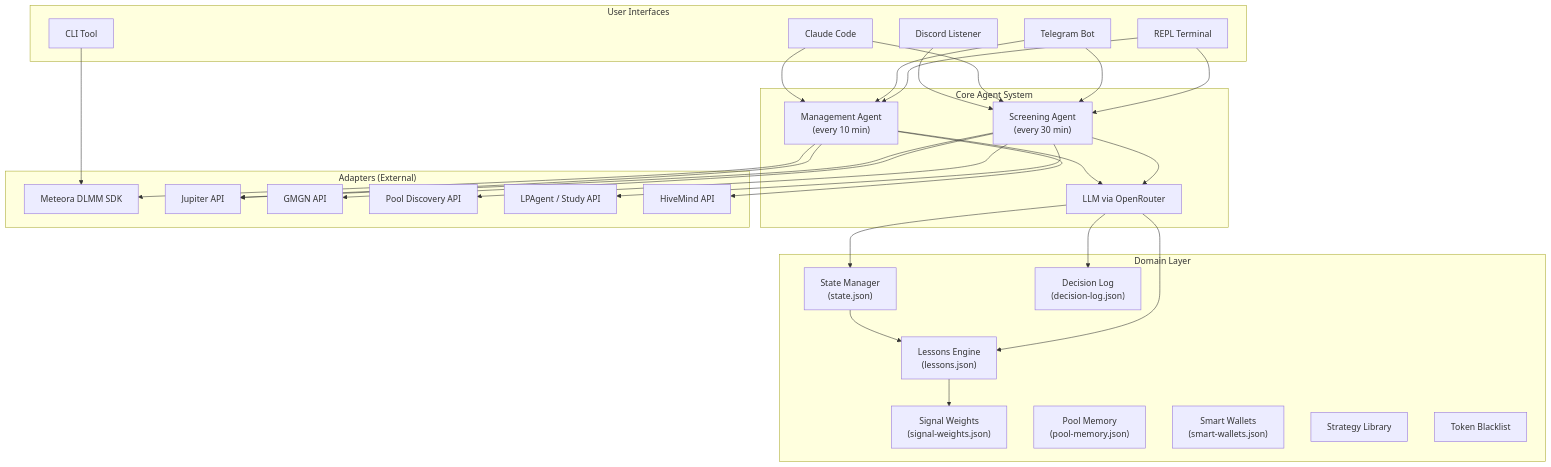
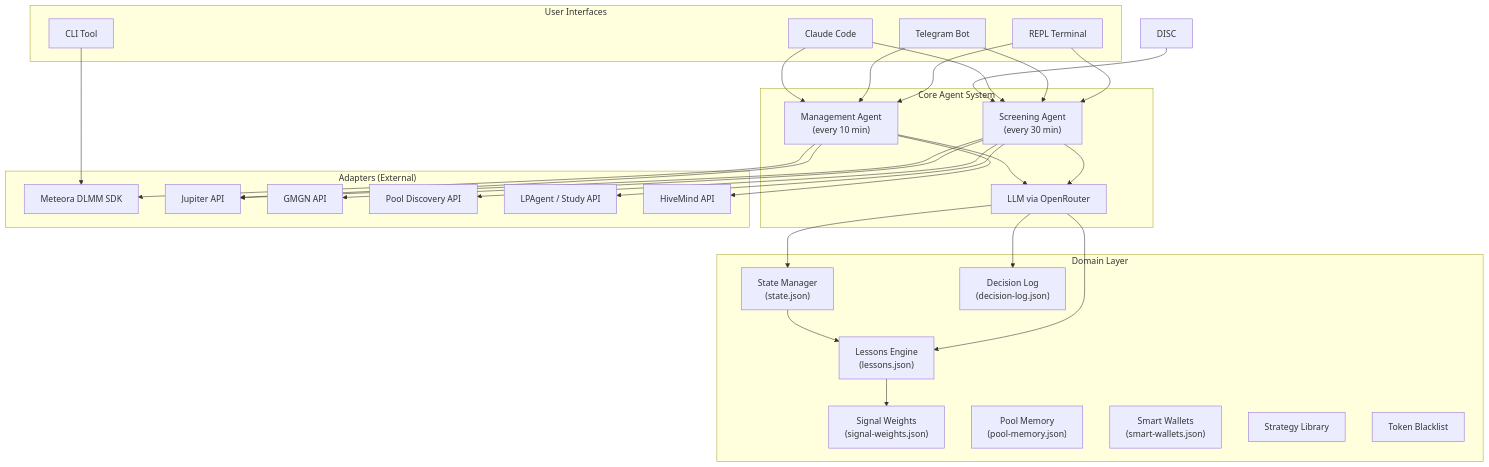
Before and after one commit to romankurnovskii/etemaro: the first of 18 diagrams in docs/FULL_FLOW.md, drawn with Mermaid. The commit also changed other lines of this file and 2 other files, not shown here.

Commit message:
docs: Update configuration, full flow, and RPC optimization docs

````diff
--- a/docs/FULL_FLOW.md
+++ b/docs/FULL_FLOW.md
@@ -27,62 +27,61 @@
 ```mermaid
 graph TB
     subgraph "User Interfaces"
         REPL["REPL Terminal"]
         TG["Telegram Bot"]
         CLI["CLI Tool"]
         CC["Claude Code"]
-        DISC["Discord Listener"]
     end
 
     subgraph "Core Agent System"
         SCREEN["Screening Agent<br/>(every 30 min)"]
         MANAGE["Management Agent<br/>(every 10 min)"]
         LLM["LLM via OpenRouter"]
     end
 
     subgraph "Domain Layer"
         STATE["State Manager<br/>(state.json)"]
         LESSONS["Lessons Engine<br/>(lessons.json)"]
         DECISIONS["Decision Log<br/>(decision-log.json)"]
         WEIGHTS["Signal Weights<br/>(signal-weights.json)"]
         POOL_MEM["Pool Memory<br/>(pool-memory.json)"]
         SMART_W["Smart Wallets<br/>(smart-wallets.json)"]
         STRATEGY["Strategy Library"]
         BLACKLIST["Token Blacklist"]
     end
 
     subgraph "Adapters (External)"
         METEORA["Meteora DLMM SDK"]
         JUPITER["Jupiter API"]
         GMGN["GMGN API"]
         POOL_DISC["Pool Discovery API"]
         STUDY["LPAgent / Study API"]
         HIVE["HiveMind API"]
     end
 
     REPL --> SCREEN
     REPL --> MANAGE
     TG --> SCREEN
     TG --> MANAGE
     CLI --> METEORA
     CC --> SCREEN
     CC --> MANAGE
     DISC --> SCREEN
 
     SCREEN --> LLM
     MANAGE --> LLM
     LLM --> STATE
     LLM --> LESSONS
     LLM --> DECISIONS
 
     SCREEN --> POOL_DISC
     SCREEN --> JUPITER
     SCREEN --> GMGN
     SCREEN --> STUDY
     MANAGE --> METEORA
     MANAGE --> JUPITER
     MANAGE --> HIVE
 
     STATE --> LESSONS
     LESSONS --> WEIGHTS
 ```
````
